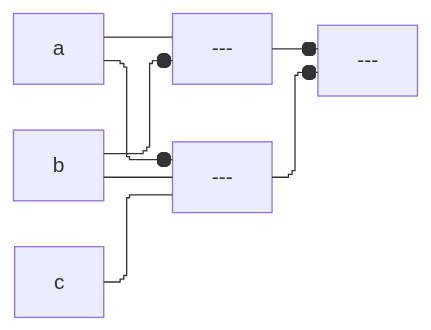
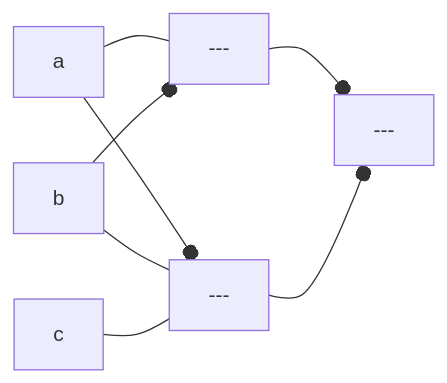
The diagram in CSDS 281 - Logic Design/HW/4.md (tnichols217/notes), drawn with Mermaid before and after one commit.

Commit message:
vault backup: 2024-02-22 23:00:14

````diff
--- a/CSDS 281 - Logic Design/HW/4.md
+++ b/CSDS 281 - Logic Design/HW/4.md
@@ -83,9 +83,9 @@
 ```mermaid
-%%{ init: { 'flowchart': { 'curve': 'stepBefore', "defaultRenderer": "elk" } } }%%
+%%{ init: { 'flowchart': { 'curve': 'catmullRom' } } }%%
 flowchart LR
 a --- nor1[---]
 b --o nor1
 a --o nor2[---]
 b & c --- nor2
 nor1 & nor2 --o nor3[---]
 ```
````
